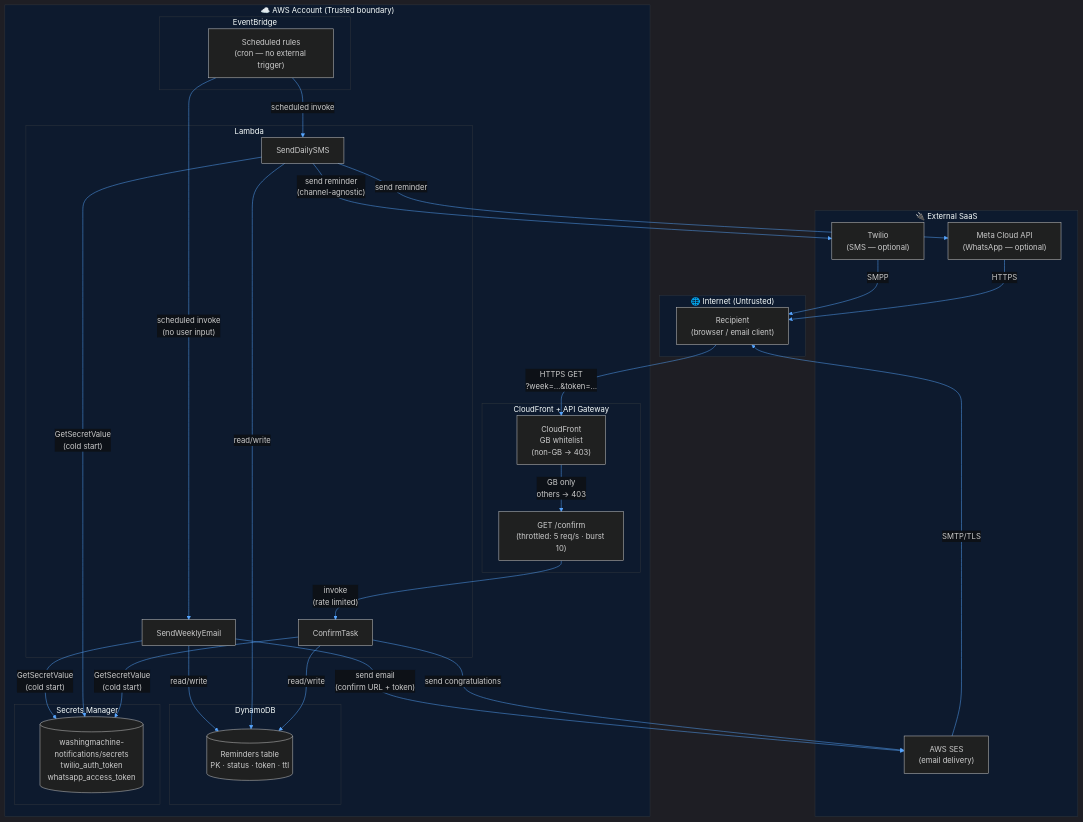
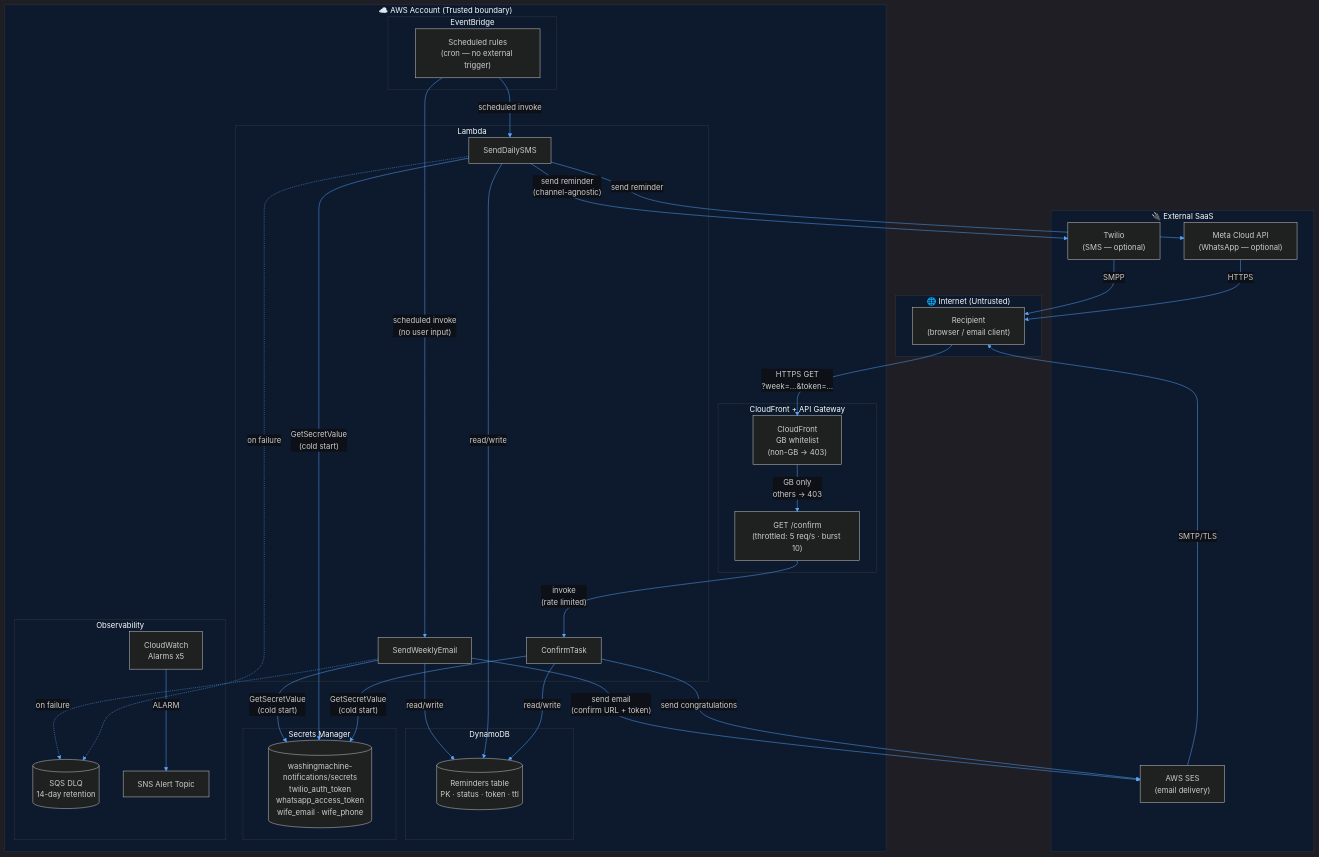
The first of 6 diagrams in docs/threat-model.md (baldrickuk/washingmachine-notifications), drawn with Mermaid before and after one commit. The commit also changed other lines of this file and 1 other file, not shown here.

Commit message:
Update architecture and threat model for observability additions
Architecture:
- Add SQS DLQ, CloudWatch alarms, SNS alert topic to system overview
  diagram with dedicated obsv classDef (indigo)
- DLQ failure path shown as dashed edge from scheduled Lambdas
- Add SQS, CloudWatch, SNS rows to components table
- New Operational Monitoring section with alarm flow diagram and
  table of all five alarms with thresholds and meaning
- Fix Secrets Manager subgraph content (wife_email/phone was missing)

Threat model:
- Add observability subgraph to trust boundary diagram
- Add DLQ failure edge and CW alarm edge to data flow
- Update audit logging posture row to reflect active alarms

````diff
--- a/docs/threat-model.md
+++ b/docs/threat-model.md
@@ -22,61 +22,69 @@
 ```mermaid
 %%{init: {'theme': 'dark', 'themeVariables': {'primaryColor': '#1e3a5f', 'primaryTextColor': '#c9d1d9', 'primaryBorderColor': '#4a7ab5', 'lineColor': '#58a6ff', 'edgeLabelBackground': '#0d1117', 'clusterBkg': '#0d1a2e', 'clusterBorder': '#30363d'}}}%%
 
 flowchart TD
     subgraph internet ["🌐  Internet (Untrusted)"]
         USER["Recipient\n(browser / email client)"]
     end
 
     subgraph aws ["☁️  AWS Account (Trusted boundary)"]
         subgraph sched ["EventBridge"]
             EB["Scheduled rules\n(cron — no external trigger)"]
         end
 
         subgraph compute ["Lambda"]
             L1["SendWeeklyEmail"]
             L2["SendDailySMS"]
             L3["ConfirmTask"]
         end
 
         subgraph storage ["DynamoDB"]
             DB[("Reminders table\nPK · status · token · ttl")]
         end
 
         subgraph secrets ["Secrets Manager"]
-            SM[("washingmachine-notifications/secrets\ntwilio_auth_token\nwhatsapp_access_token")]
+            SM[("washingmachine-notifications/secrets\ntwilio_auth_token\nwhatsapp_access_token\nwife_email · wife_phone")]
+        end
+
+        subgraph observability ["Observability"]
+            DLQ[("SQS DLQ\n14-day retention")]
+            CW["CloudWatch\nAlarms x5"]
+            ATOPIC["SNS Alert Topic"]
         end
 
         subgraph edge ["CloudFront + API Gateway"]
             CF["CloudFront\nGB whitelist\n(non-GB → 403)"]
             GW["GET /confirm\n(throttled: 5 req/s · burst 10)"]
         end
     end
 
     subgraph saas ["🔌  External SaaS"]
         SES["AWS SES\n(email delivery)"]
         TWILIO["Twilio\n(SMS — optional)"]
         WA["Meta Cloud API\n(WhatsApp — optional)"]
     end
 
     EB -->|"scheduled invoke\n(no user input)"| L1
     EB -->|"scheduled invoke"| L2
     L1 & L2 & L3 -->|"GetSecretValue\n(cold start)"| SM
+    L1 & L2 -.->|"on failure"| DLQ
+    CW -->|ALARM| ATOPIC
     L1 -->|"read/write"| DB
     L2 -->|"read/write"| DB
     L3 -->|"read/write"| DB
     L1 -->|"send email\n(confirm URL + token)"| SES
     L2 -->|"send reminder\n(channel-agnostic)"| TWILIO
     L2 -->|"send reminder"| WA
     SES -->|"SMTP/TLS"| USER
     TWILIO -->|"SMPP"| USER
     WA -->|"HTTPS"| USER
     USER -->|"HTTPS GET\n?week=…&token=…"| CF
     CF -->|"GB only\nothers → 403"| GW
     GW -->|"invoke\n(rate limited)"| L3
     L3 -->|"send congratulations"| SES
 
     classDef trust fill:#0d2137,stroke:#1e4a7a
     classDef untrust fill:#2a1a1a,stroke:#7a1e1e
     classDef saas fill:#1a2a1a,stroke:#2a5a2a
     classDef secured fill:#1a1a3a,stroke:#4a4a8a
 ```
````
